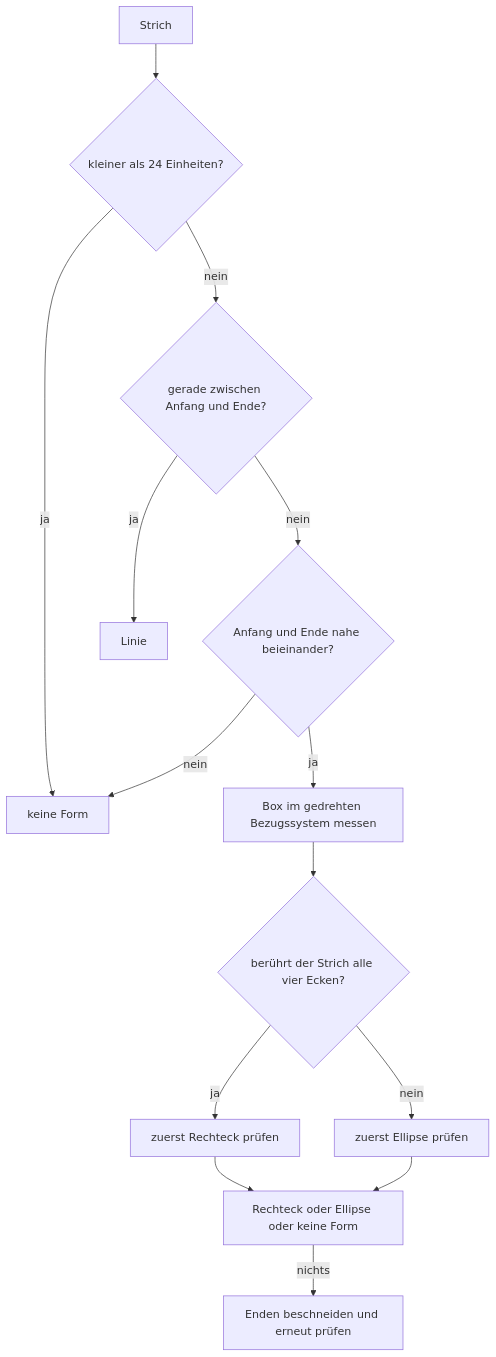
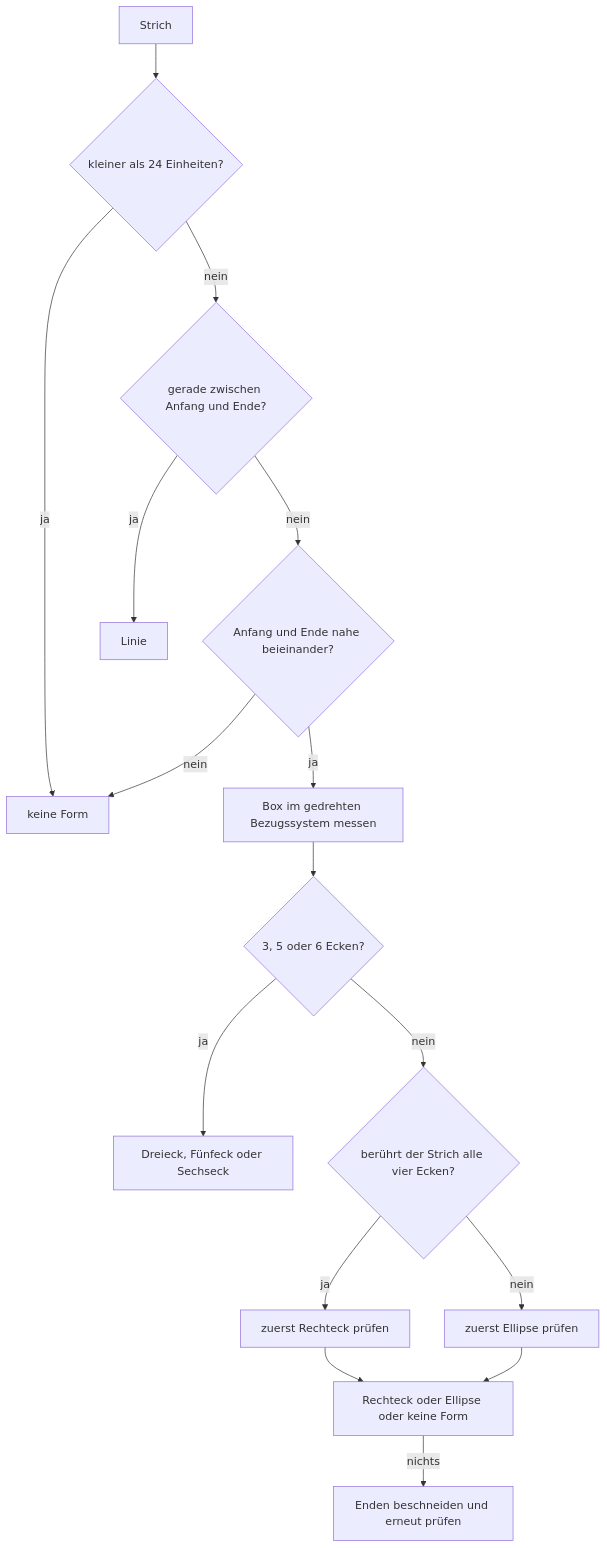
Before and after one commit to Agredo/Penban: the diagram in docs/lasso-und-formen.md, drawn with Mermaid. The commit also changed other lines of this file and 28 other files, not shown here.

````diff
--- a/docs/lasso-und-formen.md
+++ b/docs/lasso-und-formen.md
@@ -100,16 +147,18 @@
 ```mermaid
 flowchart TD
   A[Strich] --> B{kleiner als 24 Einheiten?}
   B -->|ja| N[keine Form]
   B -->|nein| C{gerade zwischen Anfang und Ende?}
   C -->|ja| L[Linie]
   C -->|nein| D{Anfang und Ende nahe beieinander?}
   D -->|nein| N
   D -->|ja| E[Box im gedrehten Bezugssystem messen]
-  E --> F{berührt der Strich alle vier Ecken?}
+  E --> P{3, 5 oder 6 Ecken?}
+  P -->|ja| V[Dreieck, Fünfeck oder Sechseck]
+  P -->|nein| F{berührt der Strich alle vier Ecken?}
   F -->|ja| R[zuerst Rechteck prüfen]
   F -->|nein| K[zuerst Ellipse prüfen]
   R --> S[Rechteck oder Ellipse oder keine Form]
   K --> S
   S -->|nichts| T[Enden beschneiden und erneut prüfen]
 ```
````
